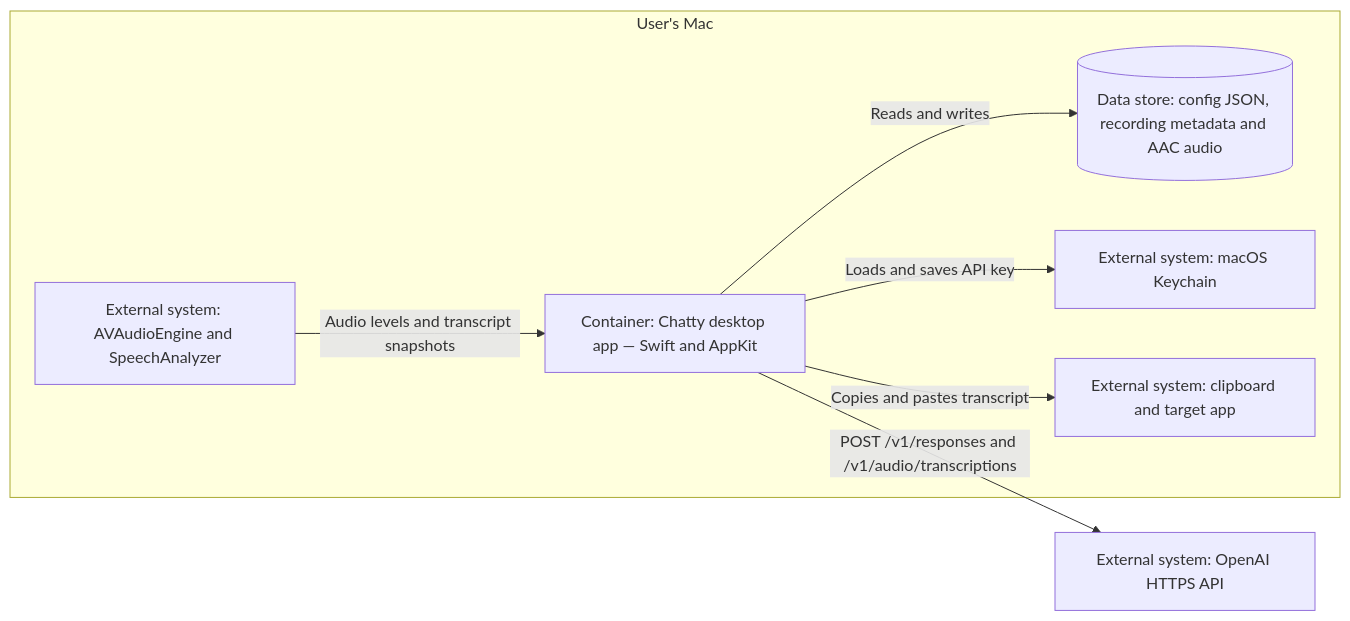
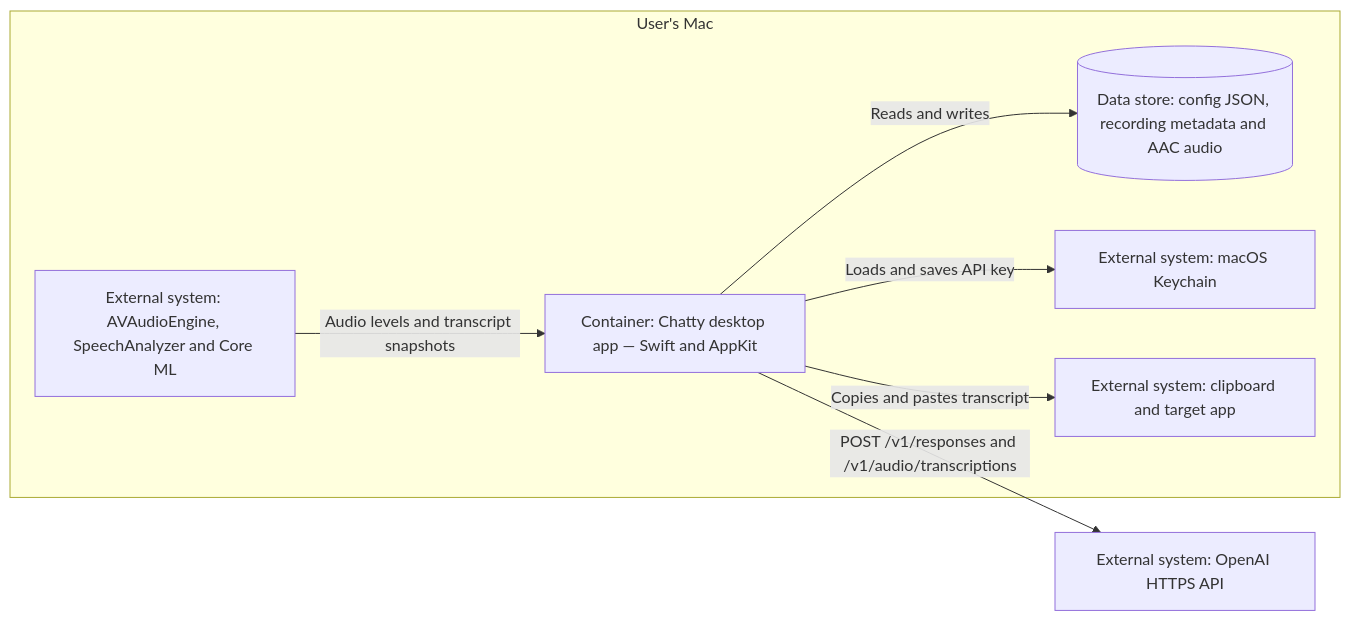
One commit to codethread/Chatty.app changed the second of 3 diagrams in docs/architecture.md. Above: the diagram before and after it, drawn with Mermaid. The commit also changed other lines of this file and 11 other files, not shown here.

````diff
--- a/docs/architecture.md
+++ b/docs/architecture.md
@@ -34,16 +35,16 @@
 ```mermaid
 flowchart LR
   subgraph machine["User's Mac"]
     app["Container: Chatty desktop app — Swift and AppKit"]
     files[("Data store: config JSON, recording metadata and AAC audio")]
     keychain["External system: macOS Keychain"]
-    speech["External system: AVAudioEngine and SpeechAnalyzer"]
+    speech["External system: AVAudioEngine, SpeechAnalyzer and Core ML"]
     clipboard["External system: clipboard and target app"]
     app -- "Reads and writes" --> files
     app -- "Loads and saves API key" --> keychain
     speech -- "Audio levels and transcript snapshots" --> app
     app -- "Copies and pastes transcript" --> clipboard
   end
   api["External system: OpenAI HTTPS API"]
   app -- "POST /v1/responses and /v1/audio/transcriptions" --> api
 ```
````
